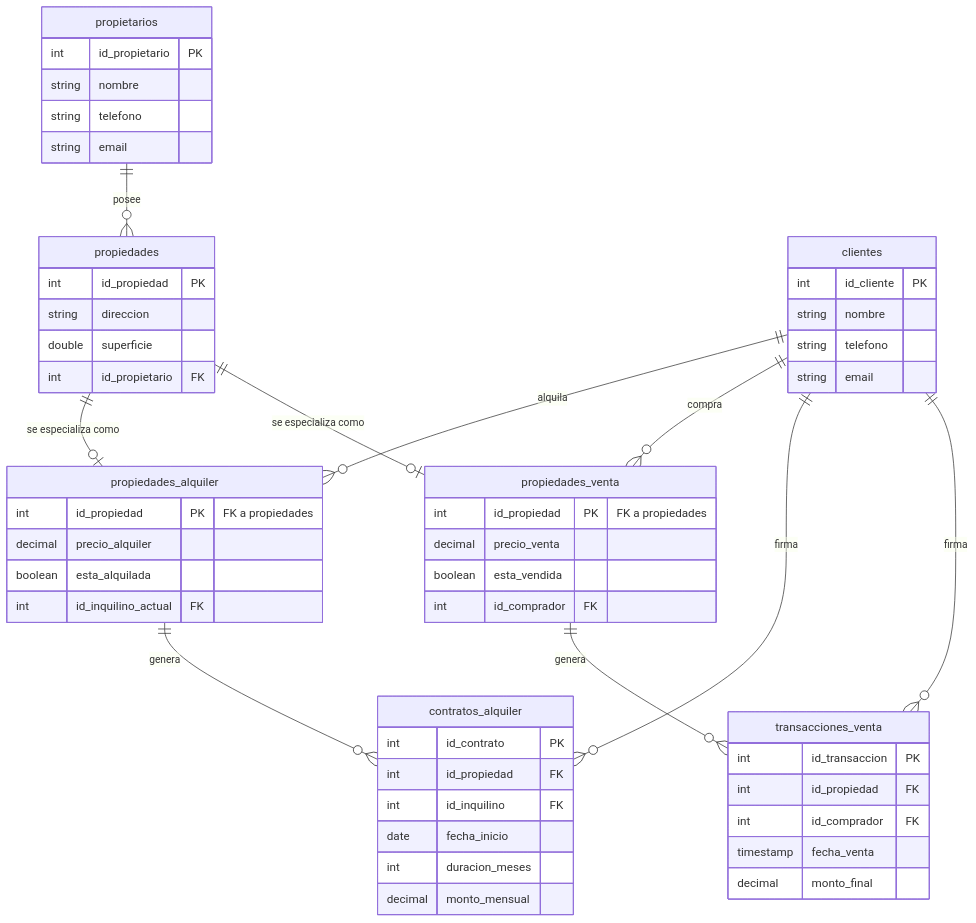
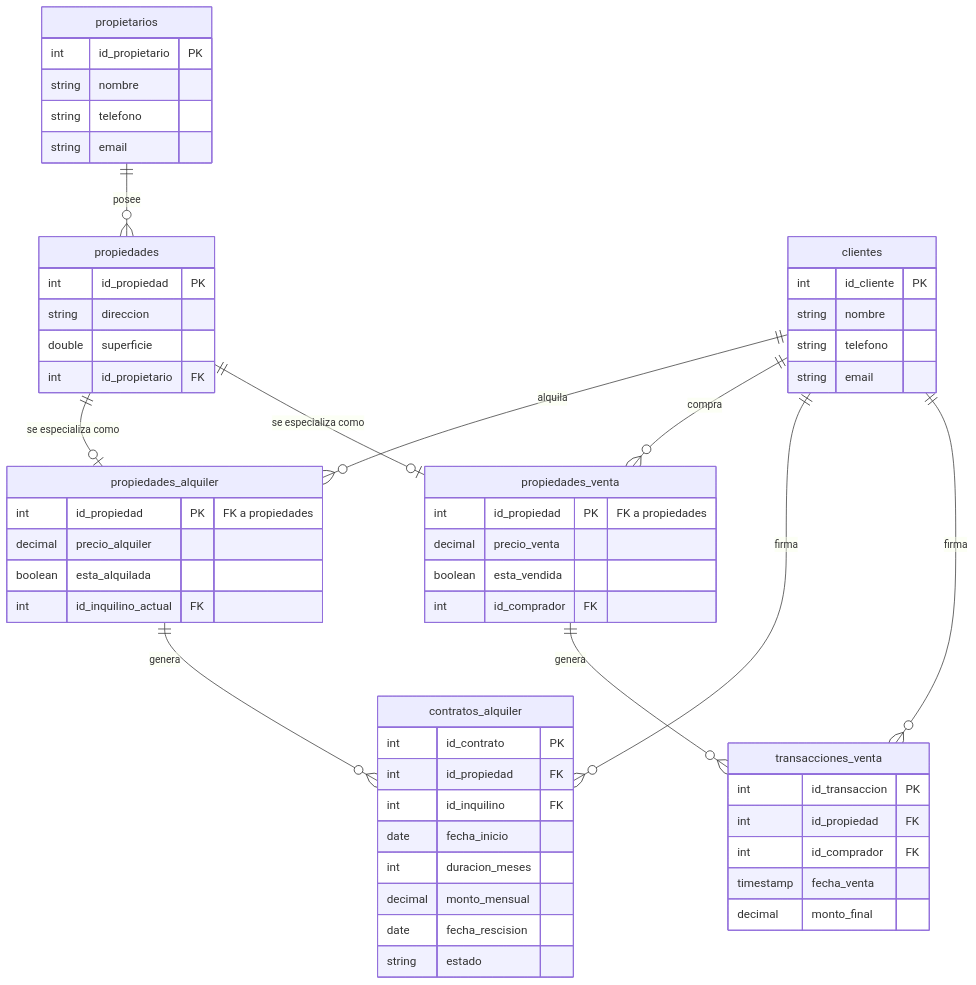
The second of 5 diagrams in src/main/java/org/example/informe_lsp.md (candelabp/tp3-progAvanzada), drawn with Mermaid before and after one commit. The commit also changed other lines of this file, not shown here.

````diff
--- a/src/main/java/org/example/informe_lsp.md
+++ b/src/main/java/org/example/informe_lsp.md
@@ -219,61 +257,63 @@
 ```mermaid
 erDiagram
     propietarios ||--o{ propiedades : "posee"
     clientes ||--o{ propiedades_alquiler : "alquila"
     clientes ||--o{ propiedades_venta : "compra"
     
     propiedades ||--o| propiedades_alquiler : "se especializa como"
     propiedades ||--o| propiedades_venta : "se especializa como"
     
     propiedades_alquiler ||--o{ contratos_alquiler : "genera"
     clientes ||--o{ contratos_alquiler : "firma"
     
     propiedades_venta ||--o{ transacciones_venta : "genera"
     clientes ||--o{ transacciones_venta : "firma"
     
     propietarios {
         int id_propietario PK
         string nombre
         string telefono
         string email
     }
     clientes {
         int id_cliente PK
         string nombre
         string telefono
         string email
     }
     propiedades {
         int id_propiedad PK
         string direccion
         double superficie
         int id_propietario FK
     }
     propiedades_alquiler {
         int id_propiedad PK "FK a propiedades"
         decimal precio_alquiler
         boolean esta_alquilada
         int id_inquilino_actual FK
     }
     propiedades_venta {
         int id_propiedad PK "FK a propiedades"
         decimal precio_venta
         boolean esta_vendida
         int id_comprador FK
     }
     contratos_alquiler {
         int id_contrato PK
         int id_propiedad FK
         int id_inquilino FK
         date fecha_inicio
         int duracion_meses
         decimal monto_mensual
+        date fecha_rescision
+        string estado
     }
     transacciones_venta {
         int id_transaccion PK
         int id_propiedad FK
         int id_comprador FK
         timestamp fecha_venta
         decimal monto_final
     }
 ```
````
